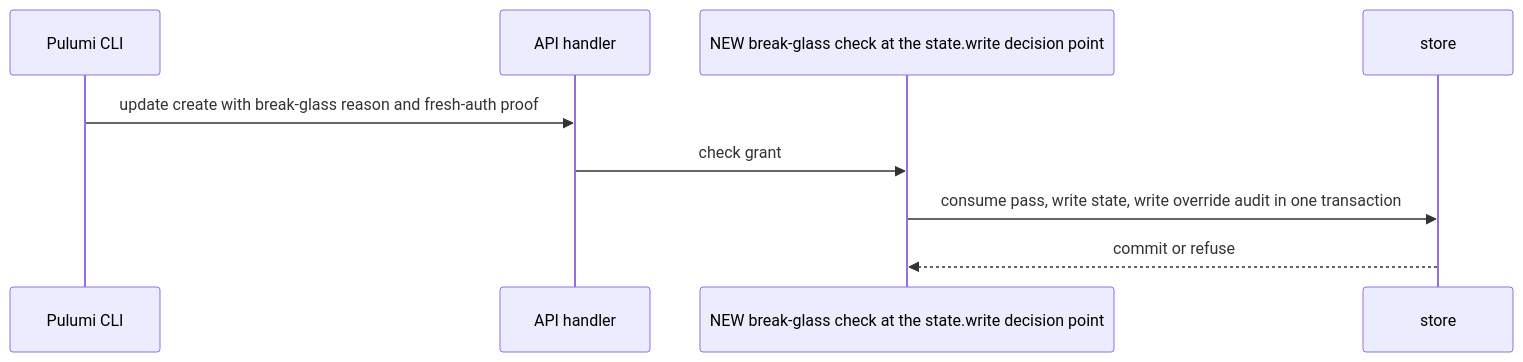
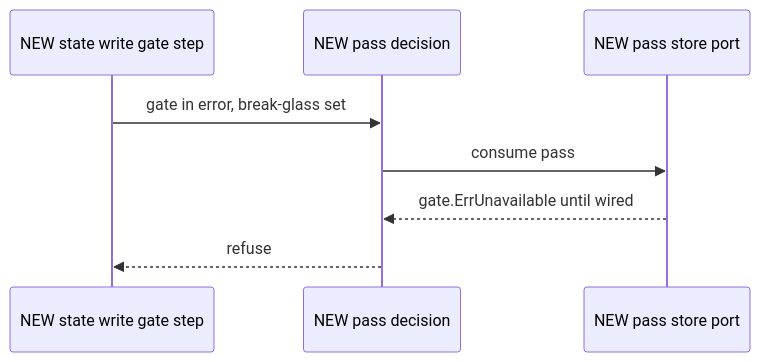
Before and after one commit to OpenDustpan/OpenDustpan: the first of 3 diagrams in openspec/changes/break-glass-gates-in-error/design.md, drawn with Mermaid. The commit also changed other lines of this file and 90 other files, not shown here.

````diff
--- a/openspec/changes/break-glass-gates-in-error/design.md
+++ b/openspec/changes/break-glass-gates-in-error/design.md
@@ -32,11 +33,10 @@
 ```mermaid
 sequenceDiagram
-participant CLI as Pulumi CLI
-participant H as API handler
-participant S as NEW break-glass check at the state.write decision point
-participant D as store
-CLI->>H: update create with break-glass reason and fresh-auth proof
-H->>S: check grant
-S->>D: consume pass, write state, write override audit in one transaction
-D-->>S: commit or refuse
+participant G as NEW state write gate step
+participant D as NEW pass decision
+participant P as NEW pass store port
+G->>D: gate in error, break-glass set
+D->>P: consume pass
+P-->>D: gate.ErrUnavailable until wired
+D-->>G: refuse
 ```
````
